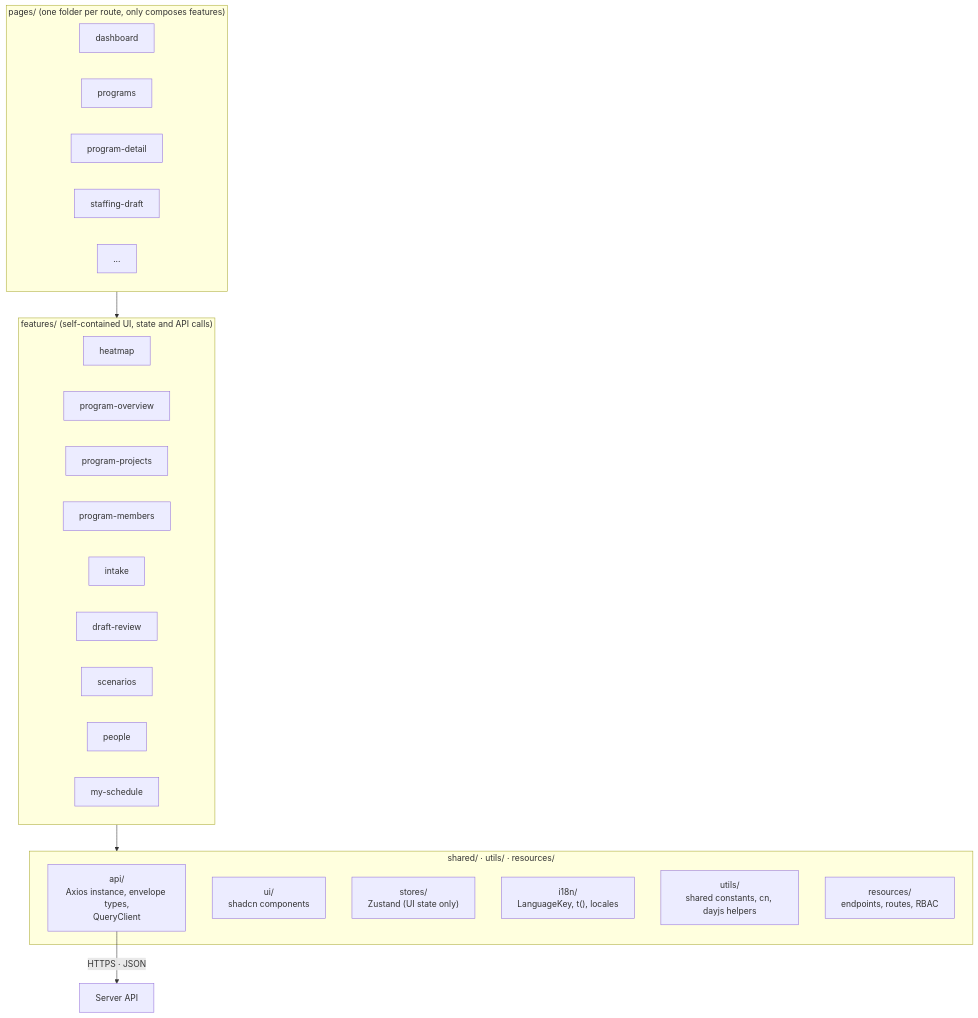
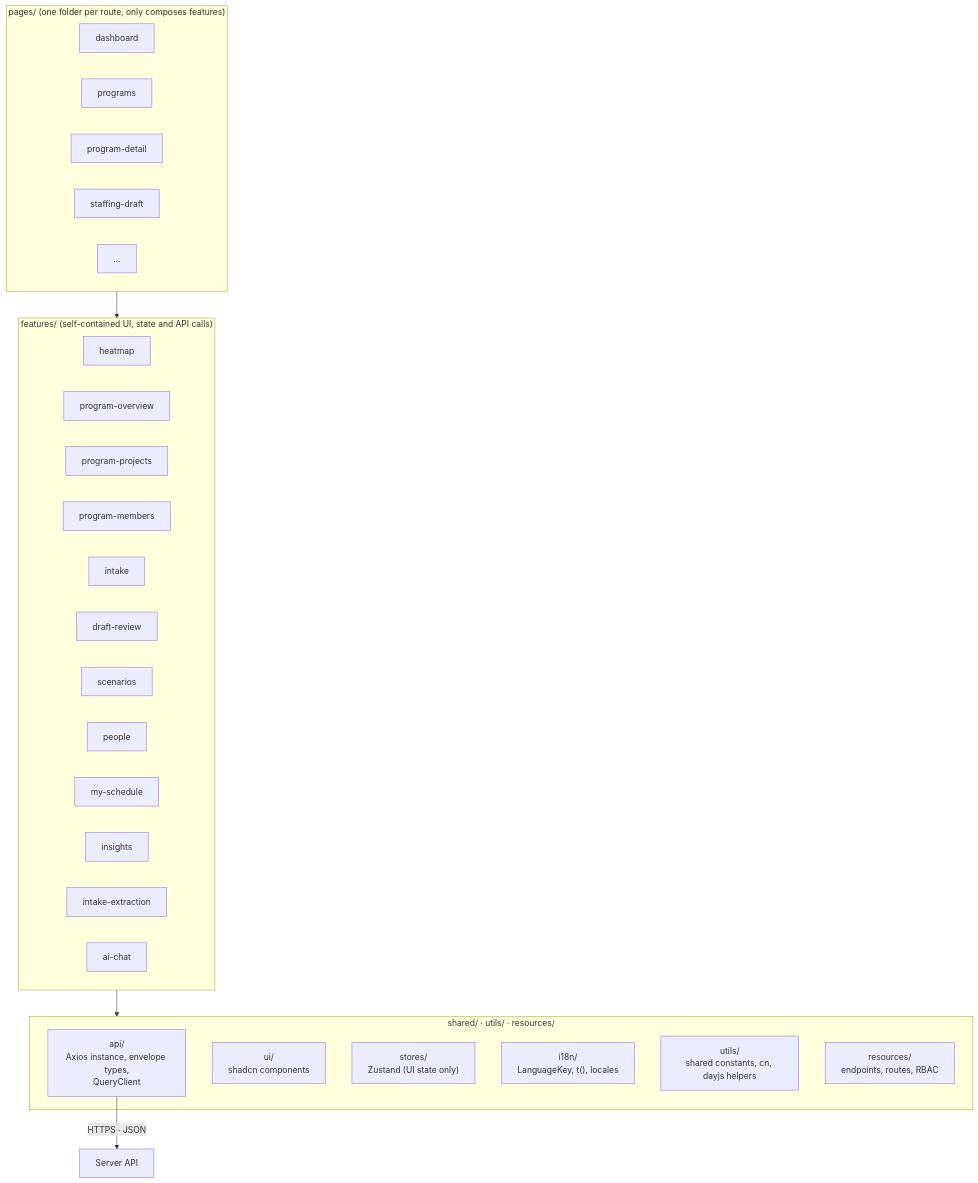
One commit to dophnamm/the-slot-finder changed the second of 2 diagrams in client/README.md. Above: the diagram before and after it, drawn with Mermaid. The commit also changed other lines of this file and 4 other files, not shown here.

````diff
--- a/client/README.md
+++ b/client/README.md
@@ -97,31 +105,34 @@
 ```mermaid
 flowchart TB
   subgraph pages["pages/ (one folder per route, only composes features)"]
     p1["dashboard"]
     p2["programs"]
     p3["program-detail"]
     p4["staffing-draft"]
     p5["..."]
   end
   subgraph features["features/ (self-contained UI, state and API calls)"]
     f1["heatmap"]
     f2["program-overview"]
     f3["program-projects"]
     f4["program-members"]
     f5["intake"]
     f6["draft-review"]
     f7["scenarios"]
     f8["people"]
     f9["my-schedule"]
+    f10["insights"]
+    f11["intake-extraction"]
+    f12["ai-chat"]
   end
   subgraph shared["shared/ · utils/ · resources/"]
     s1["api/<br/>Axios instance, envelope types,<br/>QueryClient"]
     s2["ui/<br/>shadcn components"]
     s4["stores/<br/>Zustand (UI state only)"]
     s5["i18n/<br/>LanguageKey, t(), locales"]
     s3["utils/<br/>shared constants, cn, dayjs helpers"]
     s6["resources/<br/>endpoints, routes, RBAC"]
   end
   pages --> features --> shared
   s1 -->|"HTTPS · JSON"| server["Server API"]
 ```
````
